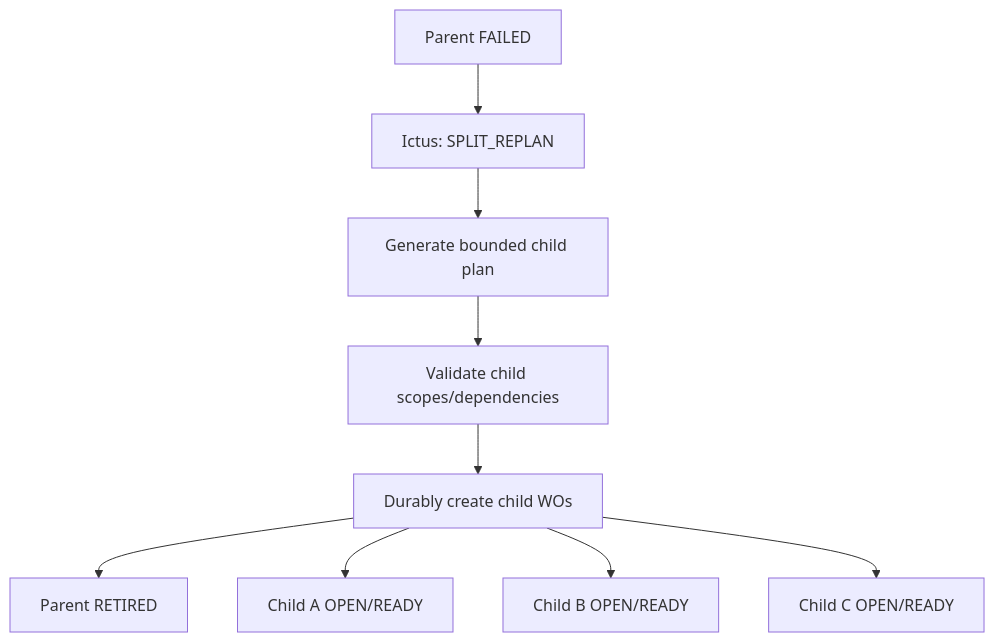
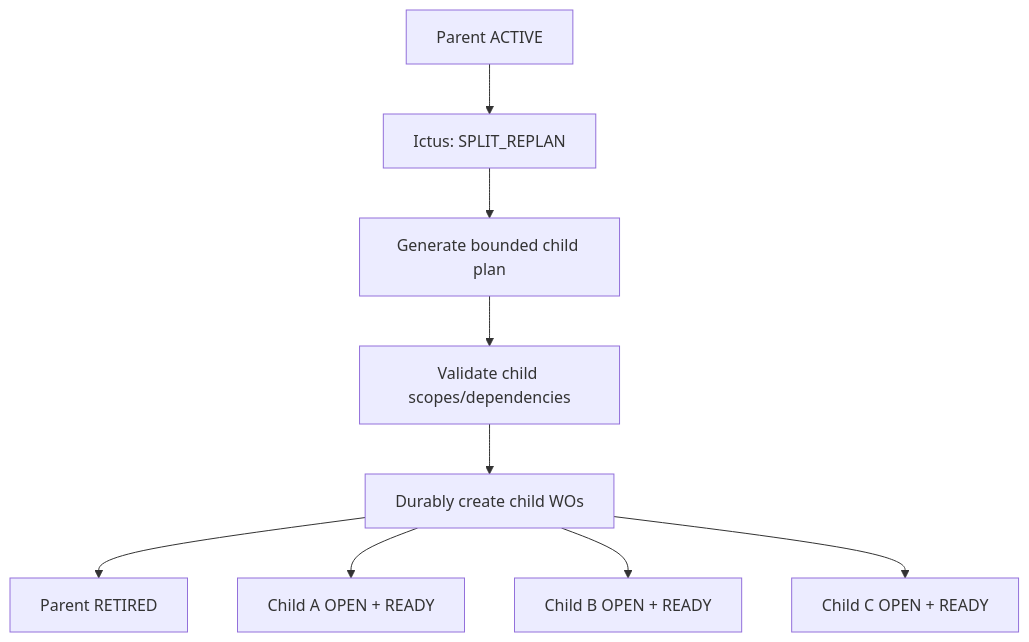
Before and after one commit to Walsamer/tactus: the second of 2 diagrams in docs/architecture/TRIAGE_AND_RECOVERY.md, drawn with Mermaid. The commit also changed other lines of this file and 6 other files, not shown here.

````diff
--- a/docs/architecture/TRIAGE_AND_RECOVERY.md
+++ b/docs/architecture/TRIAGE_AND_RECOVERY.md
@@ -136,11 +162,11 @@
 ```mermaid
 flowchart TD
-    P[Parent FAILED] --> D[Ictus: SPLIT_REPLAN]
+    P[Parent ACTIVE] --> D[Ictus: SPLIT_REPLAN]
     D --> PLAN[Generate bounded child plan]
     PLAN --> VALIDATE[Validate child scopes/dependencies]
     VALIDATE --> CREATE[Durably create child WOs]
     CREATE --> RETIRE[Parent RETIRED]
-    CREATE --> A[Child A OPEN/READY]
-    CREATE --> B[Child B OPEN/READY]
-    CREATE --> C[Child C OPEN/READY]
+    CREATE --> A[Child A OPEN + READY]
+    CREATE --> B[Child B OPEN + READY]
+    CREATE --> C[Child C OPEN + READY]
 ```
````
